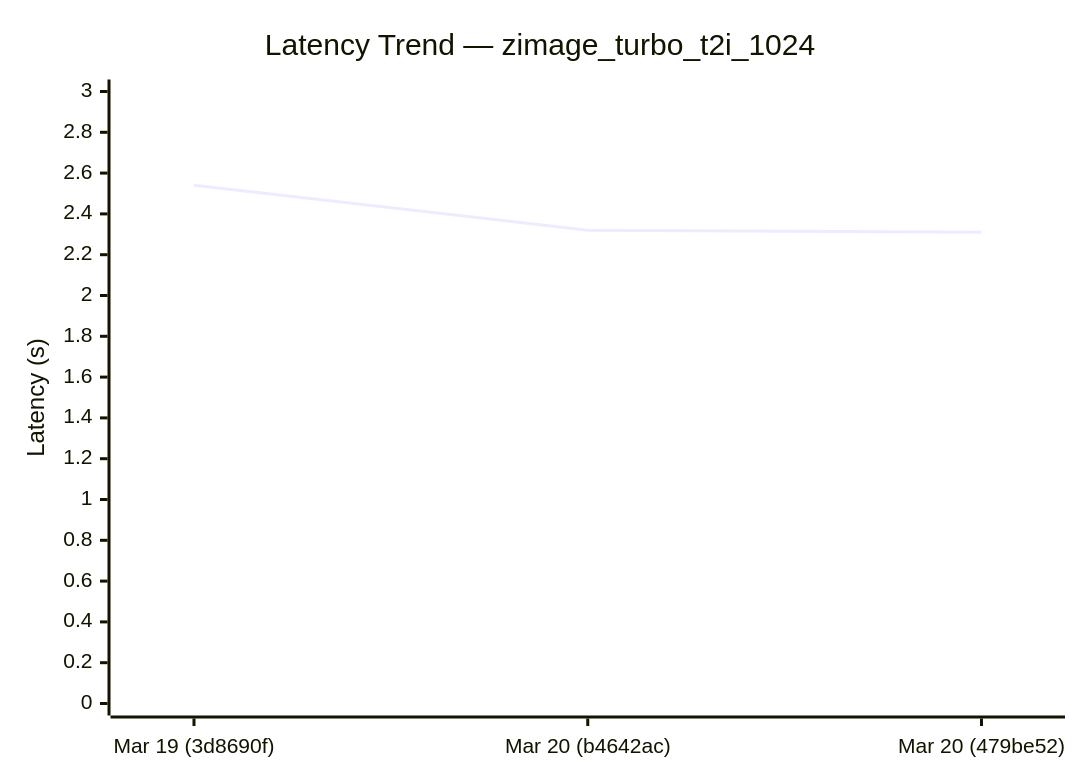
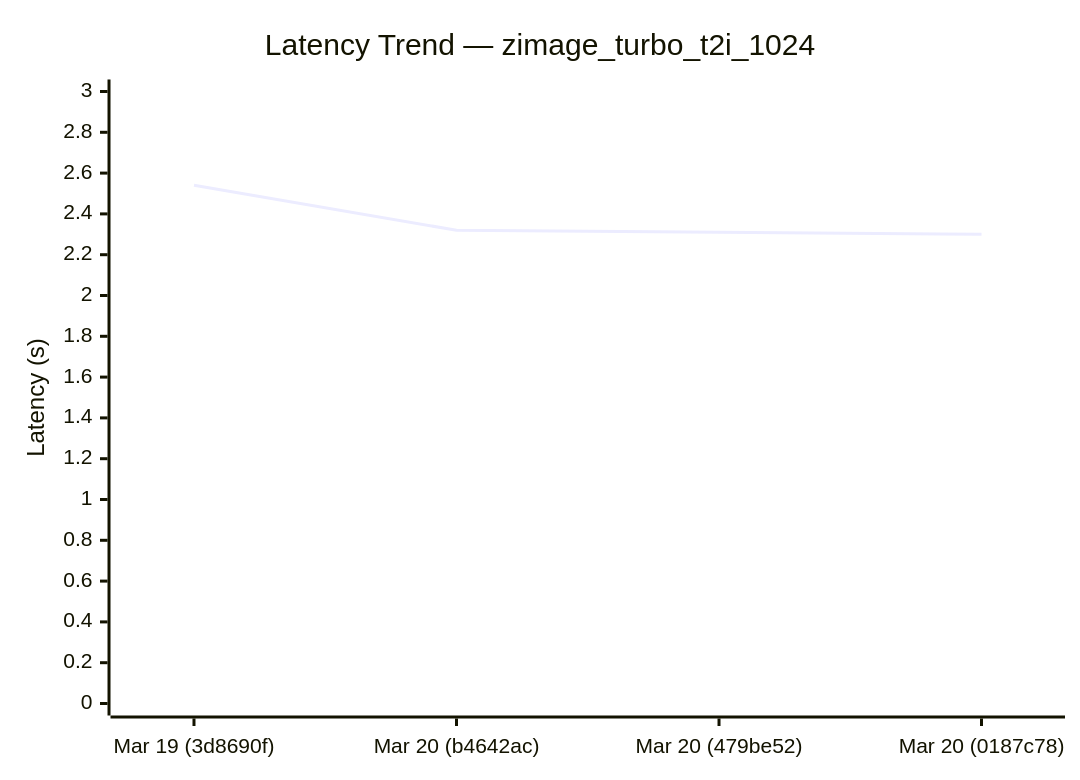
One commit to sglang-bot/sglang-ci-data changed the fourth of 6 diagrams in diffusion-comparisons/dashboard.md. Above: the diagram before and after it, drawn with Mermaid. The commit also changed other lines of this file and 1 other file, not shown here.

````diff
--- a/diffusion-comparisons/dashboard.md
+++ b/diffusion-comparisons/dashboard.md
@@ -81,7 +69,7 @@
 ```mermaid
 xychart-beta
   title "Latency Trend — zimage_turbo_t2i_1024"
-  x-axis ["Mar 19 (3d8690f)", "Mar 20 (b4642ac)", "Mar 20 (479be52)"]
+  x-axis ["Mar 19 (3d8690f)", "Mar 20 (b4642ac)", "Mar 20 (479be52)", "Mar 20 (0187c78)"]
   y-axis "Latency (s)" 0 --> 3
-  line [2.54, 2.32, 2.31]
+  line [2.54, 2.32, 2.31, 2.30]
 ```
````
